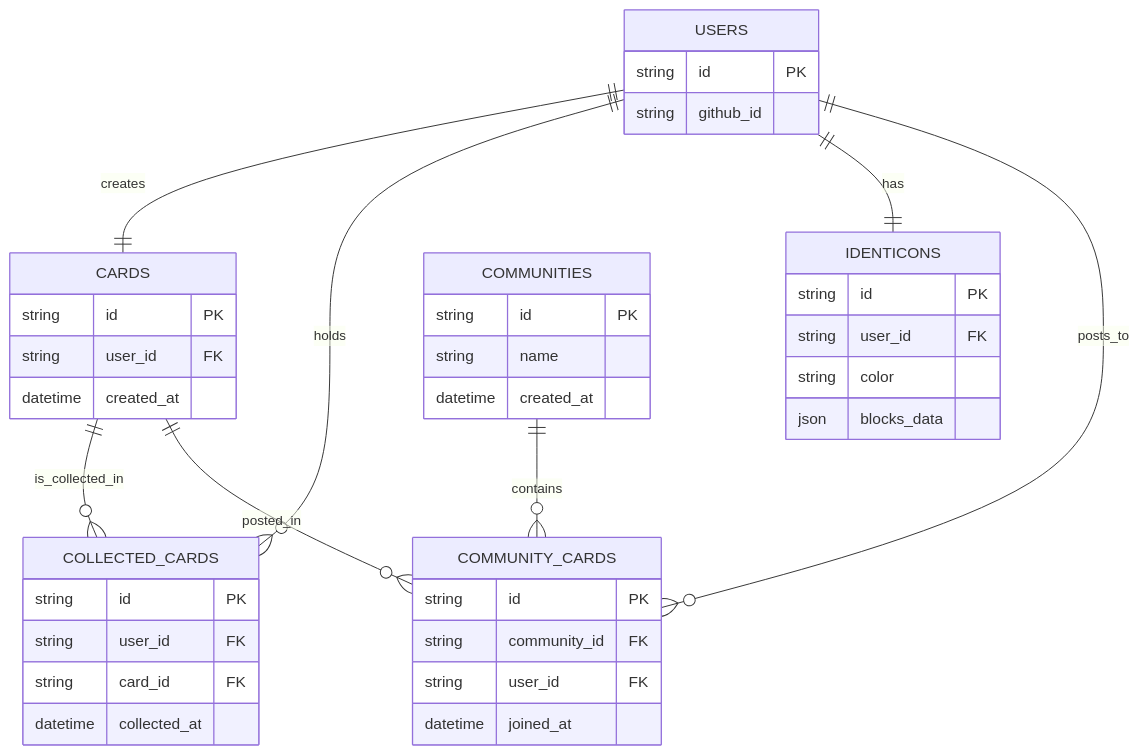
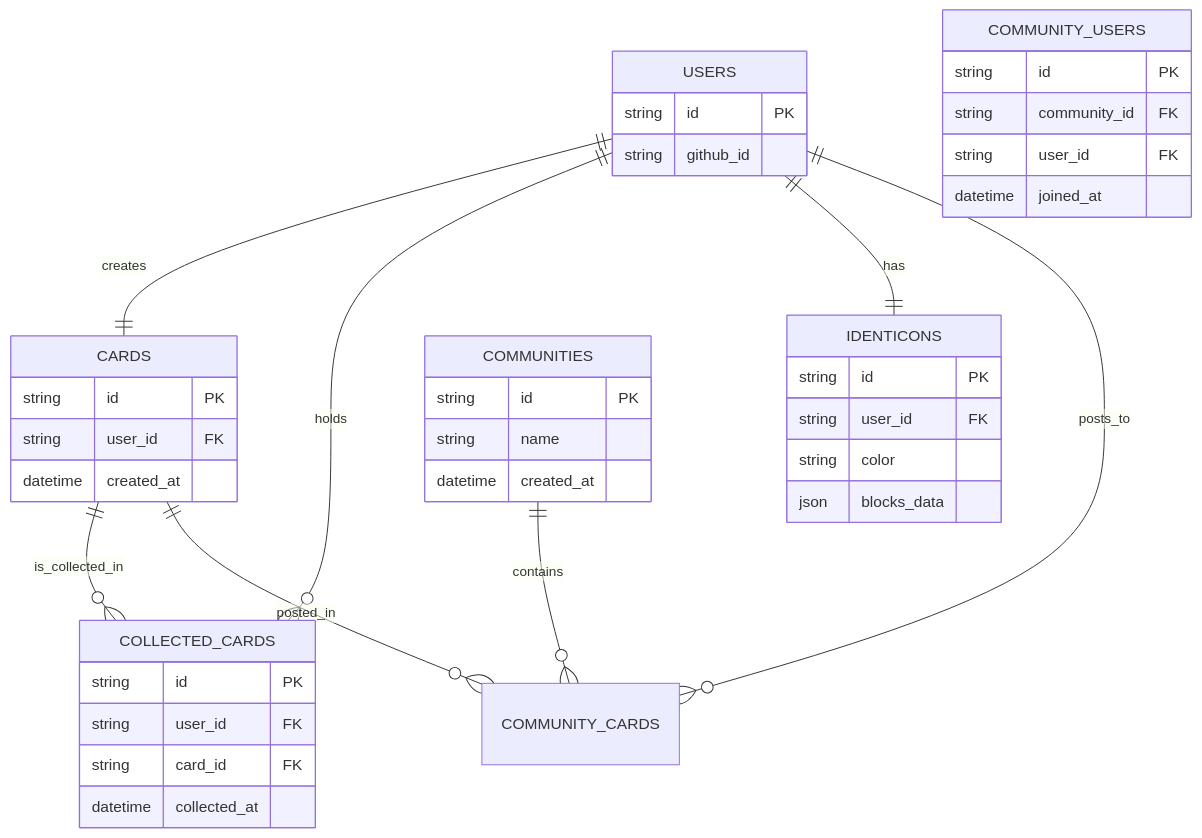
One commit to furarico/octo-deck-api changed the diagram in docs/er.md. Above: the diagram before and after it, drawn with Mermaid.

Commit message:
update model

````diff
--- a/docs/er.md
+++ b/docs/er.md
@@ -3,48 +3,48 @@
 ```mermaid
 erDiagram
     USERS {
         string id PK
         string github_id
     }
 
     CARDS {
         string id PK
         string user_id FK
         datetime created_at
     }
 
     COLLECTED_CARDS {
         string id PK
         string user_id FK
         string card_id FK
         datetime collected_at
     }
 
     IDENTICONS {
         string id PK
         string user_id FK
         string color
         json blocks_data
     }
 
     COMMUNITIES {
         string id PK
         string name
         datetime created_at
     }
 
-    COMMUNITY_CARDS {
+    COMMUNITY_USERS {
     string id PK
     string community_id FK
     string user_id FK
     datetime joined_at
 }
 
     USERS ||--|| CARDS : creates
     USERS ||--o{ COLLECTED_CARDS : holds
     CARDS ||--o{ COLLECTED_CARDS : is_collected_in
     USERS ||--|| IDENTICONS : has
     USERS ||--o{ COMMUNITY_CARDS : posts_to
     COMMUNITIES ||--o{ COMMUNITY_CARDS : contains
     CARDS ||--o{ COMMUNITY_CARDS : posted_in
 ```
````
